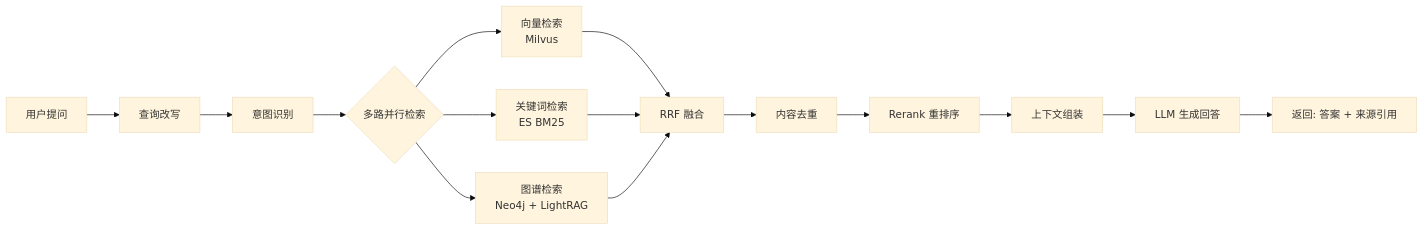
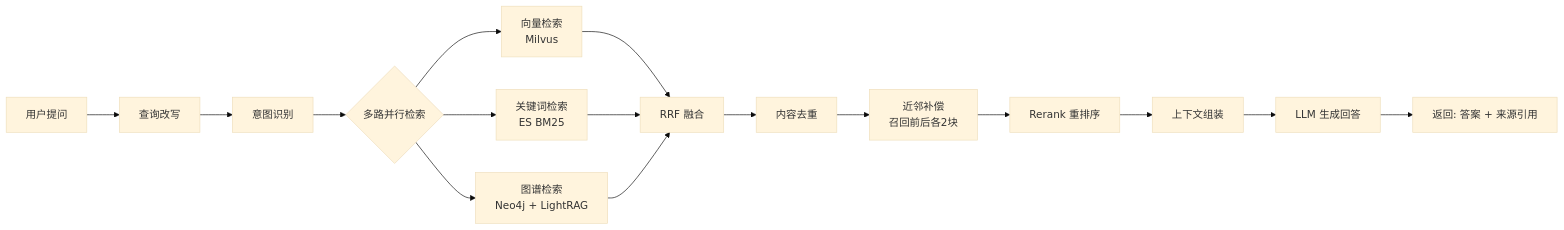
The first of 11 diagrams in 技术方案文档.md (YachuanWzh/flavor-rag), drawn with Mermaid (base theme) before and after one commit. The commit also changed other lines of this file and 7 other files, not shown here.

````diff
--- a/技术方案文档.md
+++ b/技术方案文档.md
@@ -30,17 +30,18 @@
 ```mermaid
 flowchart LR
     A[用户提问] --> B[查询改写]
     B --> C[意图识别]
     C --> D{多路并行检索}
     D --> D1[向量检索<br/>Milvus]
     D --> D2[关键词检索<br/>ES BM25]
     D --> D3[图谱检索<br/>Neo4j + LightRAG]
     D1 --> E[RRF 融合]
     D2 --> E
     D3 --> E
     E --> F[内容去重]
-    F --> G[Rerank 重排序]
-    G --> H[上下文组装]
-    H --> I[LLM 生成回答]
-    I --> J[返回: 答案 + 来源引用]
+    F --> G[近邻补偿<br/>召回前后各2块]
+    G --> H[Rerank 重排序]
+    H --> I[上下文组装]
+    I --> J[LLM 生成回答]
+    J --> K[返回: 答案 + 来源引用]
 ```
````
